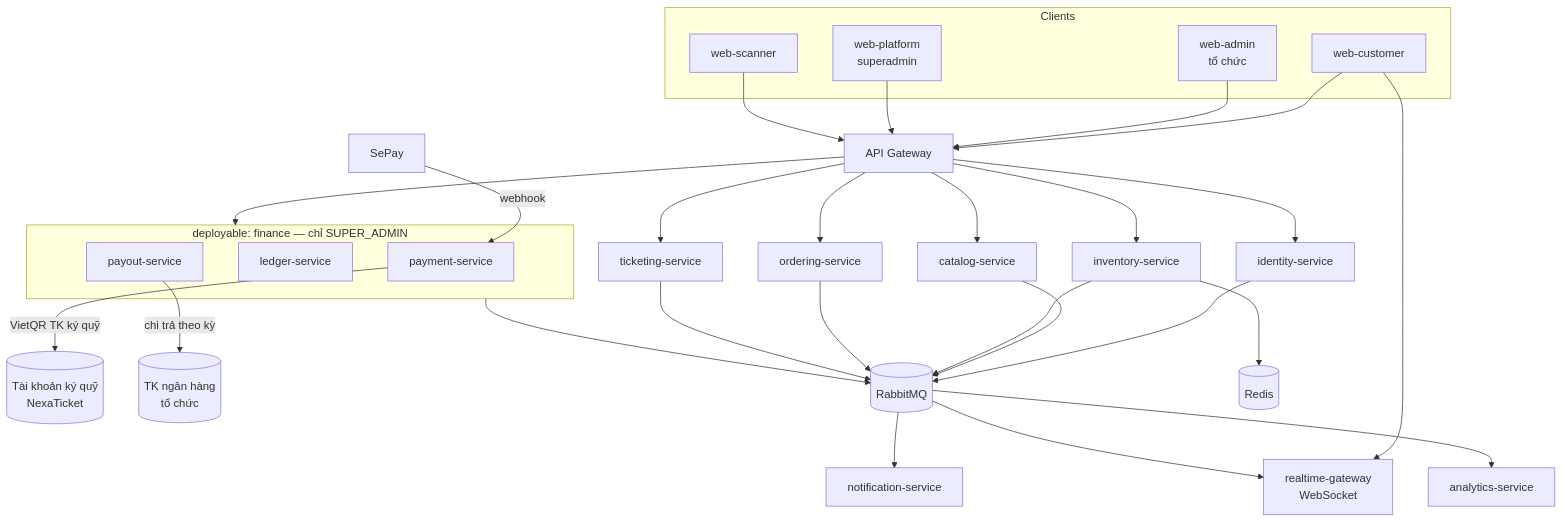
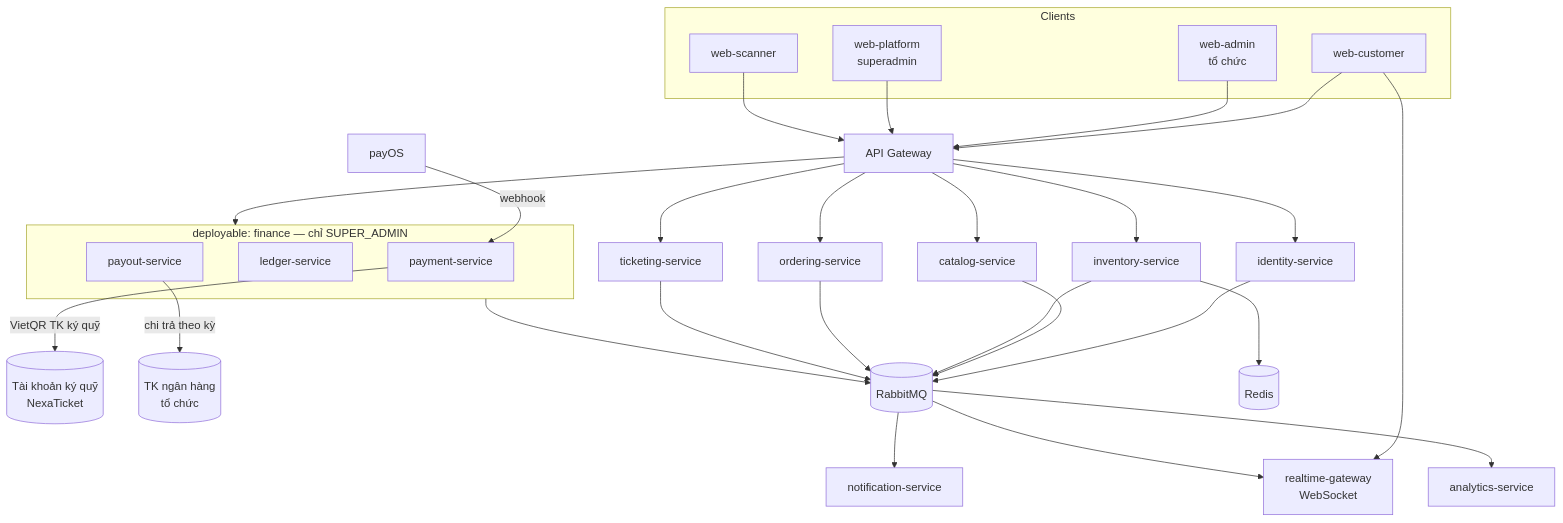
Before and after one commit to uchihathien/Concert-Ticket-Platform: the diagram in docs/architecture-v2/README.md, drawn with Mermaid. The commit also changed other lines of this file and 83 other files, not shown here.

````diff
--- a/docs/architecture-v2/README.md
+++ b/docs/architecture-v2/README.md
@@ -54,36 +54,36 @@
 ```mermaid
 flowchart TB
   subgraph Clients
     C[web-customer]
     A[web-admin<br/>tổ chức]
     P[web-platform<br/>superadmin]
     S[web-scanner]
   end
 
   C & A & P & S --> GW[API Gateway]
   C --> RT[realtime-gateway<br/>WebSocket]
 
   GW --> IDN[identity-service]
   GW --> CAT[catalog-service]
   GW --> INV[inventory-service]
   GW --> ORD[ordering-service]
   GW --> TKT[ticketing-service]
 
   subgraph finance["deployable: finance — chỉ SUPER_ADMIN"]
     PAY[payment-service]
     LDG[ledger-service]
     PO[payout-service]
   end
   GW --> finance
 
-  SEPAY[SePay] -->|webhook| PAY
+  PAYOS[payOS] -->|webhook| PAY
   PAY -->|VietQR TK ký quỹ| BANK[(Tài khoản ký quỹ<br/>NexaTicket)]
   PO -->|chi trả theo kỳ| ORGBANK[(TK ngân hàng<br/>tổ chức)]
 
   IDN & CAT & INV & ORD & TKT & finance --> MQ[(RabbitMQ)]
   MQ --> NOT[notification-service]
   MQ --> ANA[analytics-service]
   MQ --> RT
 
   INV --> REDIS[(Redis)]
 ```
````
